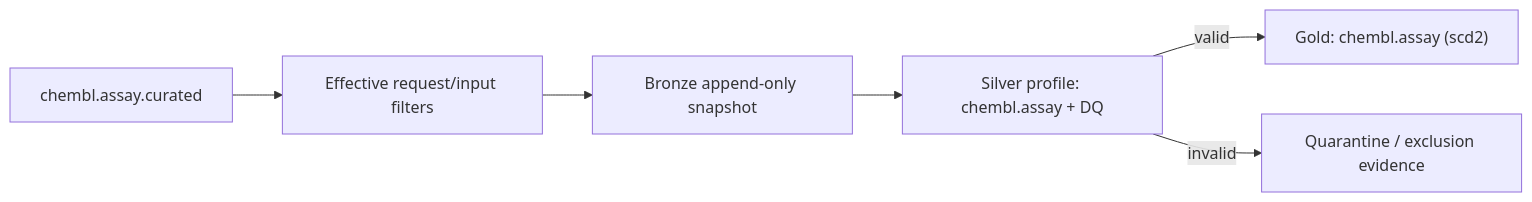
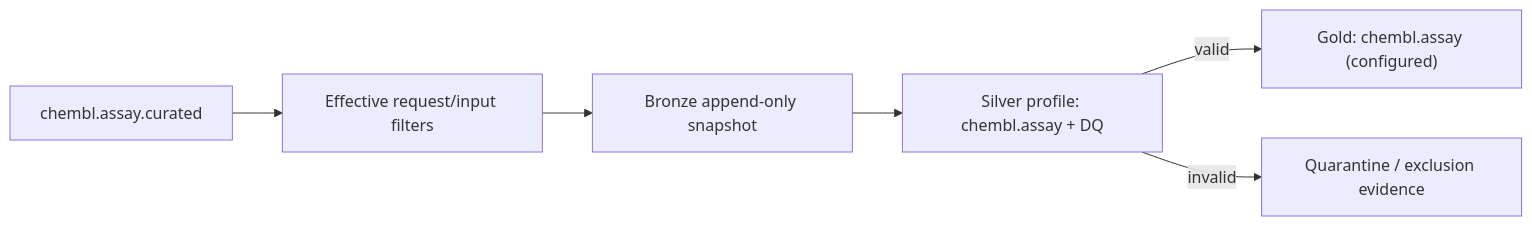
The diagram in docs/04-reference/passports/pipelines/chembl-assay.md (SatoryKono/BioactivityDataAcquisition), drawn with Mermaid before and after one commit. The commit also changed other lines of this file and 92 other files, not shown here.

````diff
--- a/docs/04-reference/passports/pipelines/chembl-assay.md
+++ b/docs/04-reference/passports/pipelines/chembl-assay.md
@@ -59,12 +58,12 @@
 ```mermaid
 flowchart LR
     Source["chembl.assay.curated"]
     Filters["Effective request/input filters"]
     Bronze["Bronze append-only snapshot"]
     Silver["Silver profile: chembl.assay + DQ"]
     Quarantine["Quarantine / exclusion evidence"]
-    Gold["Gold: chembl.assay (scd2)"]
+    Gold["Gold: chembl.assay (configured)"]
     Source --> Filters --> Bronze --> Silver
     Silver -->|valid| Gold
     Silver -->|invalid| Quarantine
 ```
````
